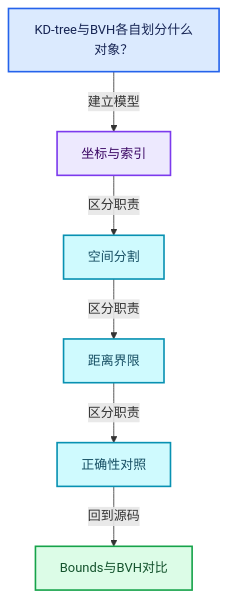
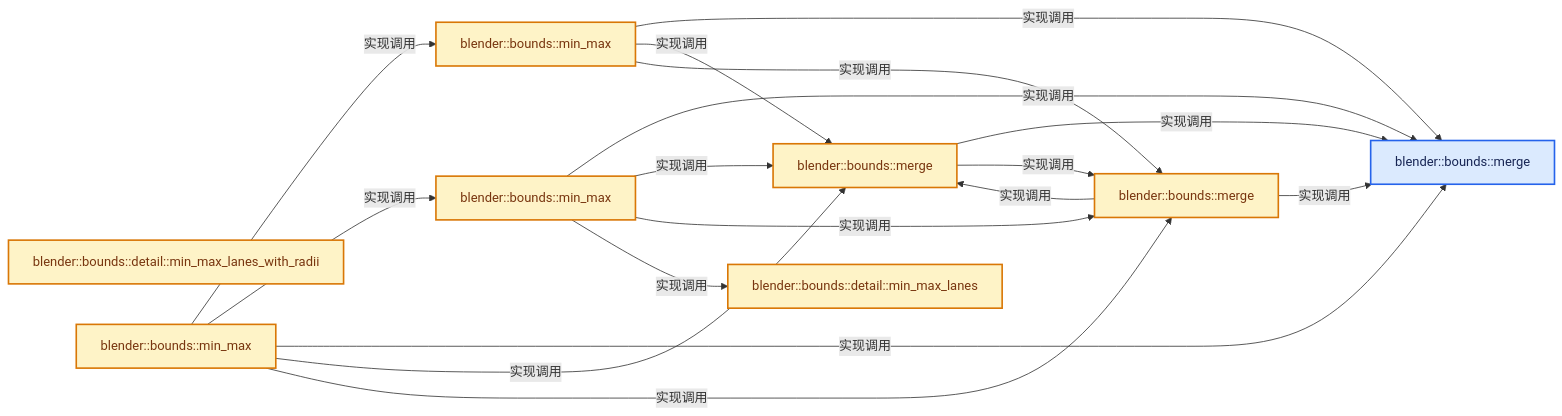
Before and after one commit to yunkezengren/blender-.vscode: the second of 4 diagrams in 杂/markdown/全面学习-codex/12-空间数据结构与几何算法/07-Bounds与BVH对比.md, drawn with Mermaid. The commit also changed other lines of this file and 1930 other files, not shown here.

````diff
--- a/杂/markdown/全面学习-codex/12-空间数据结构与几何算法/07-Bounds与BVH对比.md
+++ b/杂/markdown/全面学习-codex/12-空间数据结构与几何算法/07-Bounds与BVH对比.md
@@ -61,20 +46,33 @@
 ```mermaid
-flowchart TB
-  Q["KD-tree与BVH各自划分什么对象？"]:::input
-  C0["坐标与索引"]:::abstraction
-  C1["空间分割"]:::data
-  C2["距离界限"]:::data
-  C3["正确性对照"]:::data
-  R["Bounds与BVH对比"]:::result
-  Q -->|"建立模型"| C0
-  C0 -->|"区分职责"| C1
-  C1 -->|"区分职责"| C2
-  C2 -->|"区分职责"| C3
-  C3 -->|"回到源码"| R
+flowchart LR
+  F0["blender::bounds::merge"]:::input
+  F1["blender::bounds::merge"]:::compute
+  F2["blender::bounds::merge"]:::compute
+  F3["blender::bounds::min_max"]:::compute
+  F4["blender::bounds::detail::min_max_lanes"]:::compute
+  F5["blender::bounds::detail::min_max_lanes_with_radii"]:::compute
+  F6["blender::bounds::min_max"]:::compute
+  F7["blender::bounds::min_max"]:::compute
+  F1 -->|"实现调用"| F0
+  F1 -->|"实现调用"| F2
+  F2 -->|"实现调用"| F0
+  F2 -->|"实现调用"| F1
+  F3 -->|"实现调用"| F0
+  F3 -->|"实现调用"| F1
+  F3 -->|"实现调用"| F2
+  F6 -->|"实现调用"| F0
+  F6 -->|"实现调用"| F1
+  F6 -->|"实现调用"| F2
+  F6 -->|"实现调用"| F4
+  F7 -->|"实现调用"| F3
+  F7 -->|"实现调用"| F6
+  F7 -->|"实现调用"| F0
+  F7 -->|"实现调用"| F1
+  F7 -->|"实现调用"| F2
   classDef input fill:#DBEAFE,stroke:#2563EB,color:#172554,stroke-width:2px;
   classDef data fill:#CFFAFE,stroke:#0891B2,color:#164E63,stroke-width:2px;
   classDef abstraction fill:#EDE9FE,stroke:#7C3AED,color:#3B0764,stroke-width:2px;
   classDef compute fill:#FEF3C7,stroke:#D97706,color:#78350F,stroke-width:2px;
   classDef result fill:#DCFCE7,stroke:#16A34A,color:#14532D,stroke-width:2px;
   classDef error fill:#FEE2E2,stroke:#DC2626,color:#7F1D1D,stroke-width:2px;
 ```
````
